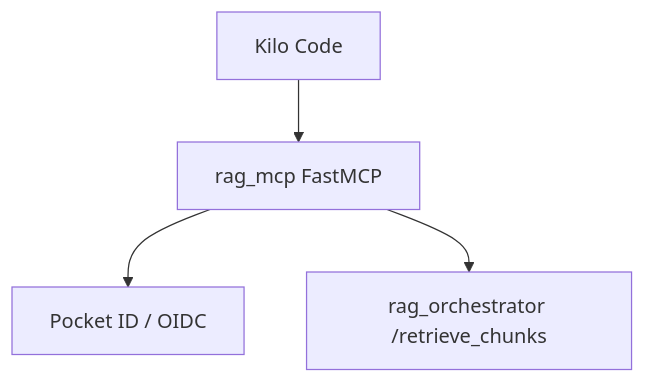
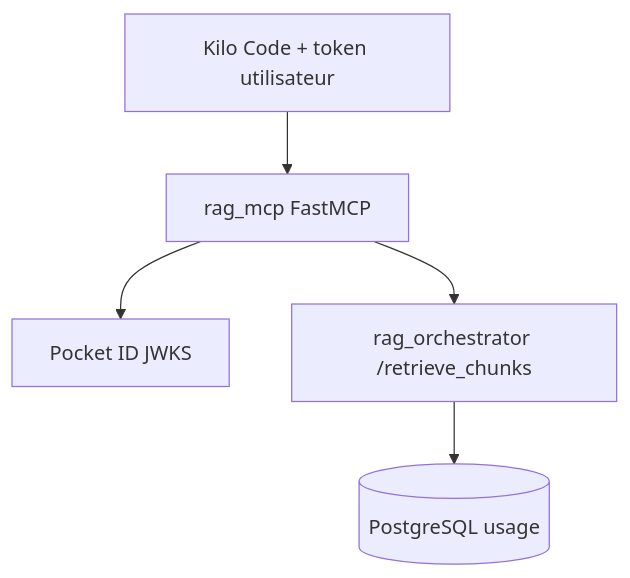
Before and after one commit to TanguyRaguenes/RAG: the first of 2 diagrams in rag_mcp/docs/index.md, drawn with Mermaid. The commit also changed other lines of this file and 19 other files, not shown here.

Commit message:
feat: modification authentification MCP vers RAG

````diff
--- a/rag_mcp/docs/index.md
+++ b/rag_mcp/docs/index.md
@@ -9,6 +9,7 @@
 ```mermaid
 flowchart TD
-    Kilo[Kilo Code] --> MCP[rag_mcp FastMCP]
-    MCP --> OIDC[Pocket ID / OIDC]
+    Kilo[Kilo Code + token utilisateur] --> MCP[rag_mcp FastMCP]
+    MCP --> OIDC[Pocket ID JWKS]
     MCP --> Orchestrator[rag_orchestrator /retrieve_chunks]
+    Orchestrator --> DB[(PostgreSQL usage)]
 ```
````
